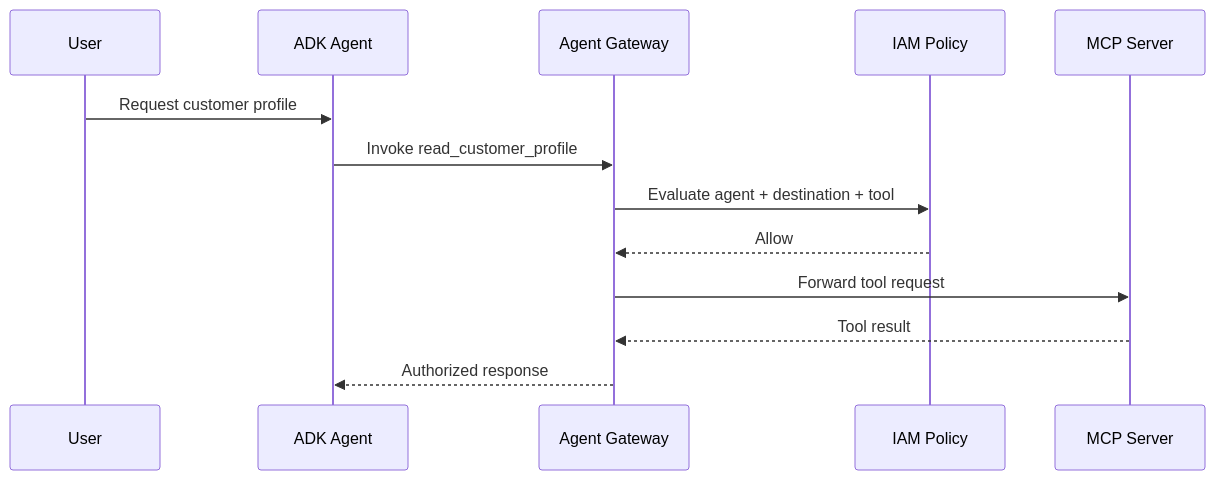
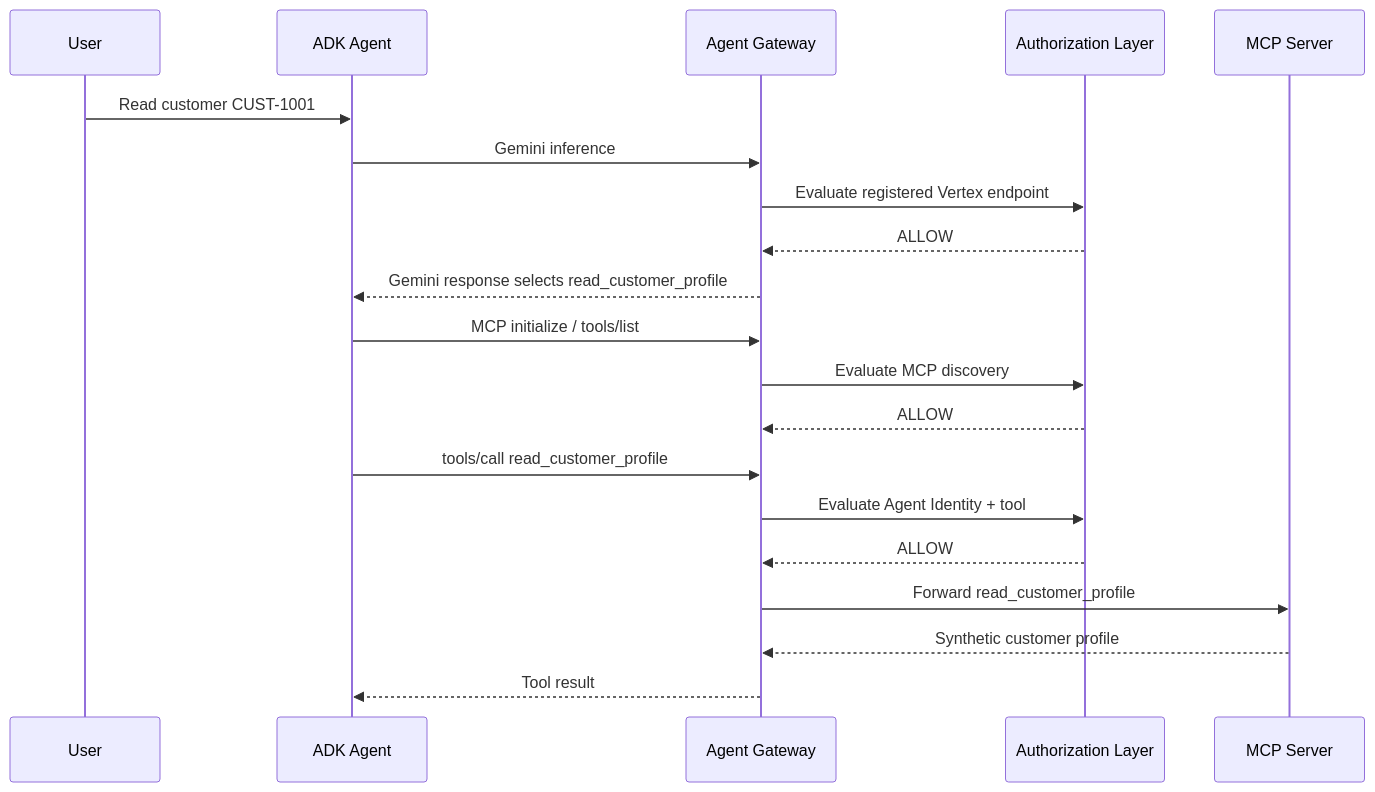
The second of 4 diagrams in docs/architecture.md (aman-swarnkar-cloud/google-cloud-agent-gateway-mcp-policy-lab), drawn with Mermaid before and after one commit. The commit also changed other lines of this file, not shown here.

Commit message:
Updated architecture with validated authorization chain

````diff
--- a/docs/architecture.md
+++ b/docs/architecture.md
@@ -117,16 +366,27 @@
 ```mermaid
 sequenceDiagram
     participant U as User
     participant A as ADK Agent
     participant G as Agent Gateway
-    participant P as IAM Policy
+    participant P as Authorization Layer
     participant M as MCP Server
 
-    U->>A: Request customer profile
-    A->>G: Invoke read_customer_profile
-    G->>P: Evaluate agent + destination + tool
-    P-->>G: Allow
-    G->>M: Forward tool request
-    M-->>G: Tool result
-    G-->>A: Authorized response
+    U->>A: Read customer CUST-1001
+
+    A->>G: Gemini inference
+    G->>P: Evaluate registered Vertex endpoint
+    P-->>G: ALLOW
+    G-->>A: Gemini response selects read_customer_profile
+
+    A->>G: MCP initialize / tools/list
+    G->>P: Evaluate MCP discovery
+    P-->>G: ALLOW
+
+    A->>G: tools/call read_customer_profile
+    G->>P: Evaluate Agent Identity + tool
+    P-->>G: ALLOW
+
+    G->>M: Forward read_customer_profile
+    M-->>G: Synthetic customer profile
+    G-->>A: Tool result
 ```
````
